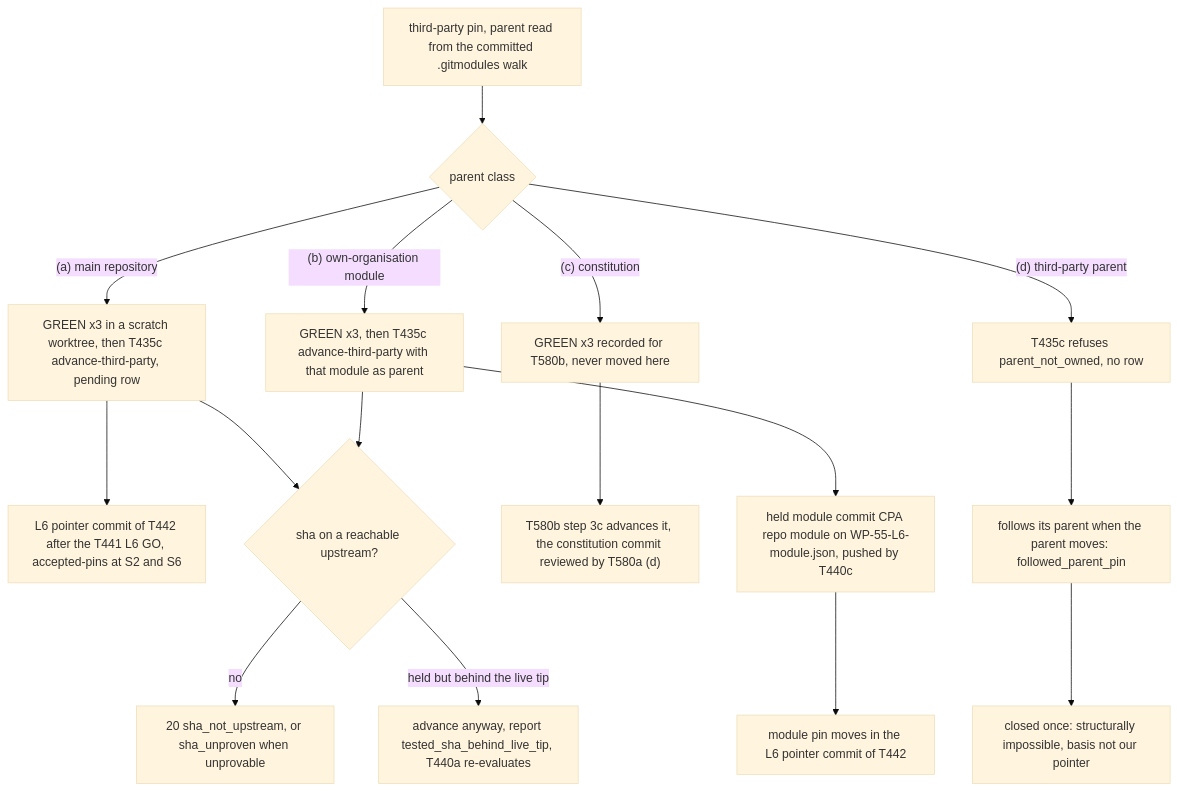
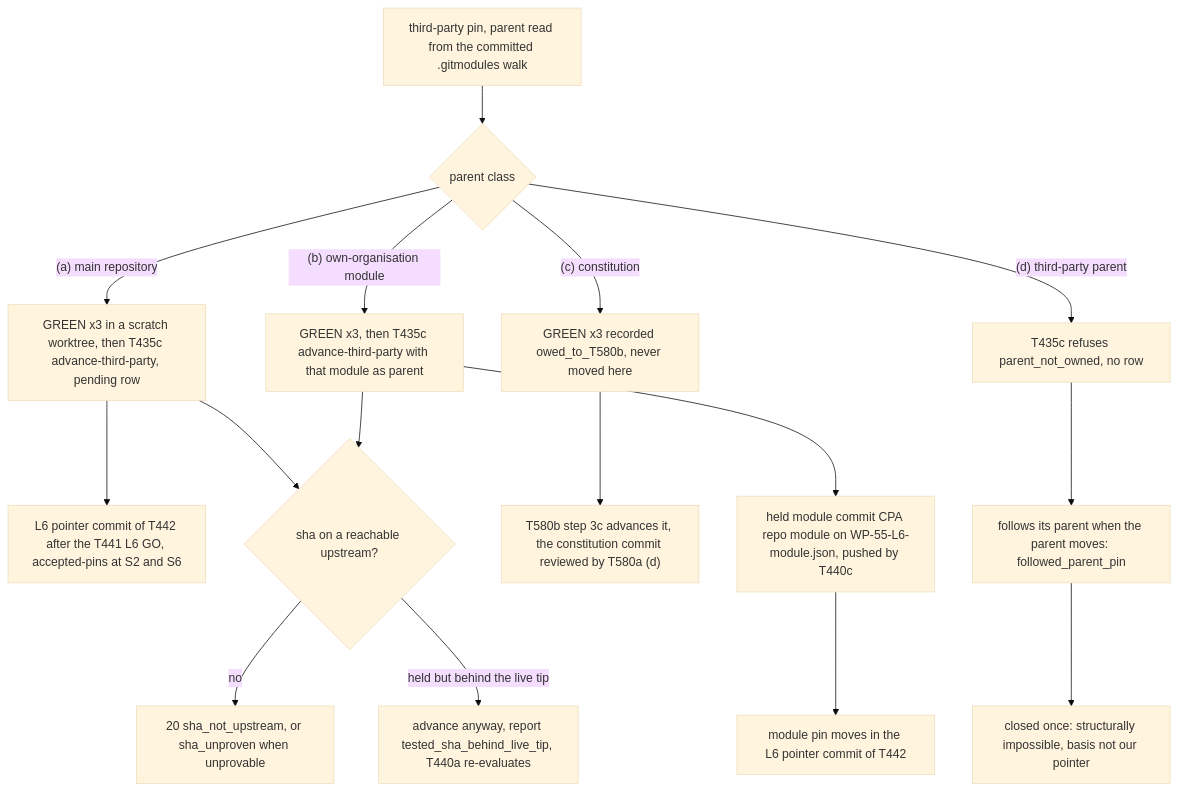
One commit to vasic-digital/catalogizer changed the third of 5 diagrams in specs/001-full-project-audit-remediation/docs/11-submodules-audit-and-update-runbook.md. Above: the diagram before and after it, drawn with Mermaid (base theme). The commit also changed other lines of this file and 12 other files, not shown here.

````diff
--- a/specs/001-full-project-audit-remediation/docs/11-submodules-audit-and-update-runbook.md
+++ b/specs/001-full-project-audit-remediation/docs/11-submodules-audit-and-update-runbook.md
@@ -382,18 +386,18 @@
 ```mermaid
 flowchart TD
   P["third-party pin, parent read from the committed .gitmodules walk"] --> Q{"parent class"}
   Q -- "(a) main repository" --> A1["GREEN x3 in a scratch worktree, then T435c advance-third-party, pending row"]
   A1 --> A2["L6 pointer commit of T442 after the T441 L6 GO, accepted-pins at S2 and S6"]
   Q -- "(b) own-organisation module" --> B1["GREEN x3, then T435c advance-third-party with that module as parent"]
   B1 --> B2["held module commit CPA repo module on WP-55-L6-module.json, pushed by T440c"]
   B2 --> B3["module pin moves in the L6 pointer commit of T442"]
-  Q -- "(c) constitution" --> C1["GREEN x3 recorded for T580b, never moved here"]
+  Q -- "(c) constitution" --> C1["GREEN x3 recorded owed_to_T580b, never moved here"]
   C1 --> C2["T580b step 3c advances it, the constitution commit reviewed by T580a (d)"]
   Q -- "(d) third-party parent" --> D1["T435c refuses parent_not_owned, no row"]
   D1 --> D2["follows its parent when the parent moves: followed_parent_pin"]
   D2 --> D3["closed once: structurally impossible, basis not our pointer"]
   A1 --> X{"sha on a reachable upstream?"}
   B1 --> X
   X -- "no" --> X1["20 sha_not_upstream, or sha_unproven when unprovable"]
   X -- "held but behind the live tip" --> X2["advance anyway, report tested_sha_behind_live_tip, T440a re-evaluates"]
 ```
````
